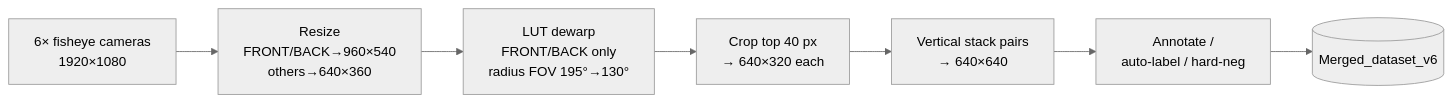
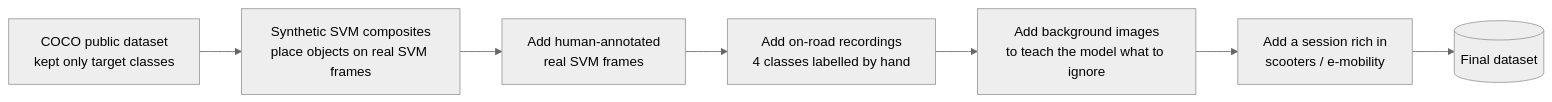
One commit to Izzatullokh24/YOLOv5_RKNN_MultiThreading changed the first of 4 diagrams in README.md. Above: the diagram before and after it, drawn with Mermaid (neutral theme). The commit also changed other lines of this file, not shown here.

First line of the commit message:
Update README with SVM dataset details and evolution

````diff
--- a/README.md
+++ b/README.md
@@ -119,9 +51,9 @@
 ```mermaid
 flowchart LR
-    A[6× fisheye cameras<br/>1920×1080] --> B[Resize<br/>FRONT/BACK→960×540<br/>others→640×360]
-    B --> C[LUT dewarp<br/>FRONT/BACK only<br/>radius FOV 195°→130°]
-    C --> D[Crop top 40 px<br/>→ 640×320 each]
-    D --> E[Vertical stack pairs<br/>→ 640×640]
-    E --> F[Annotate /<br/>auto-label / hard-neg]
-    F --> G[(Merged_dataset_v6)]
+    A[COCO public dataset<br/>kept only target classes] --> B[Synthetic SVM composites<br/>place objects on real SVM frames]
+    B --> C[Add human-annotated<br/>real SVM frames]
+    C --> D[Add on-road recordings<br/>4 classes labelled by hand]
+    D --> E[Add background images<br/>to teach the model what to ignore]
+    E --> F[Add a session rich in<br/>scooters / e-mobility]
+    F --> G[(Final dataset)]
 ```
````
